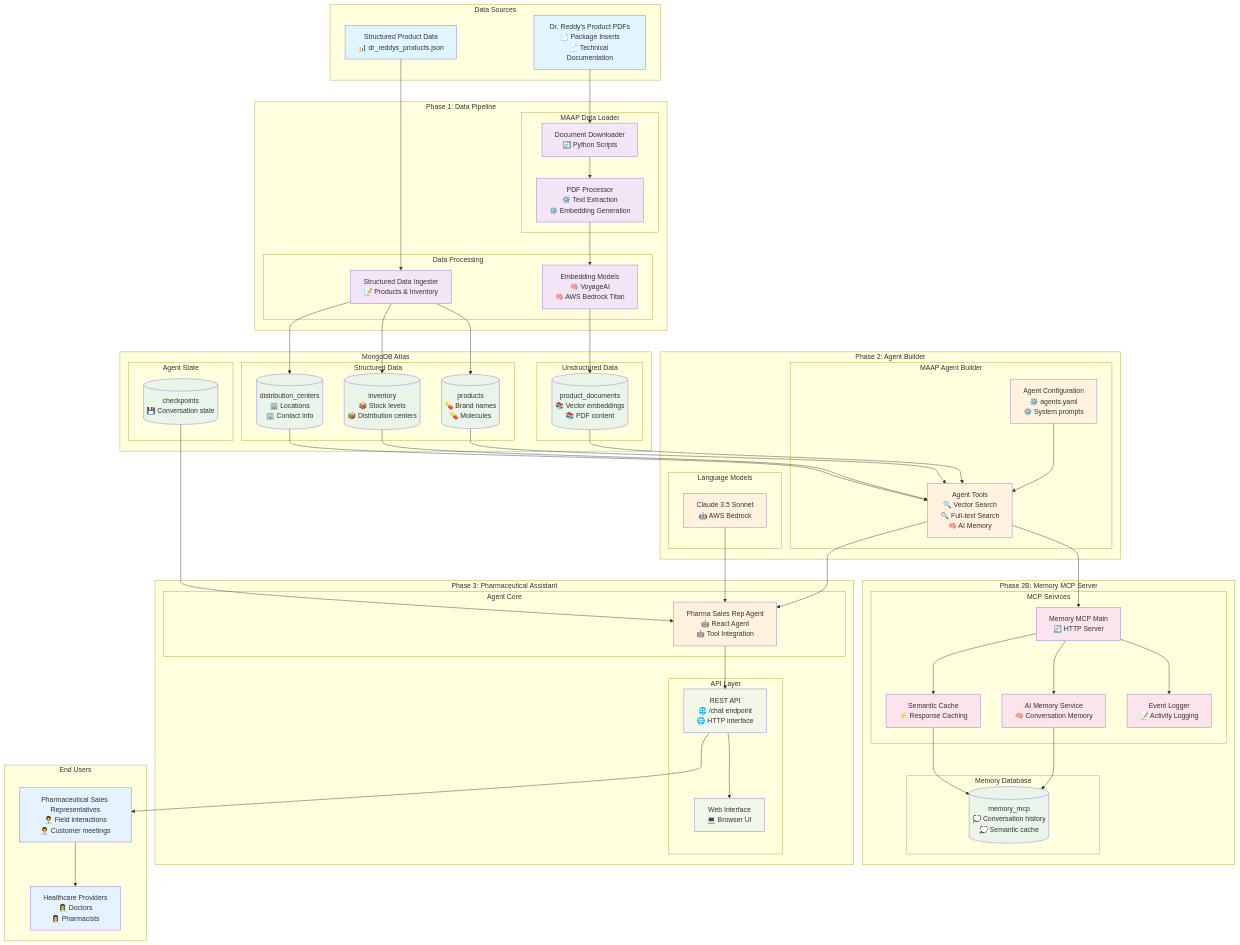
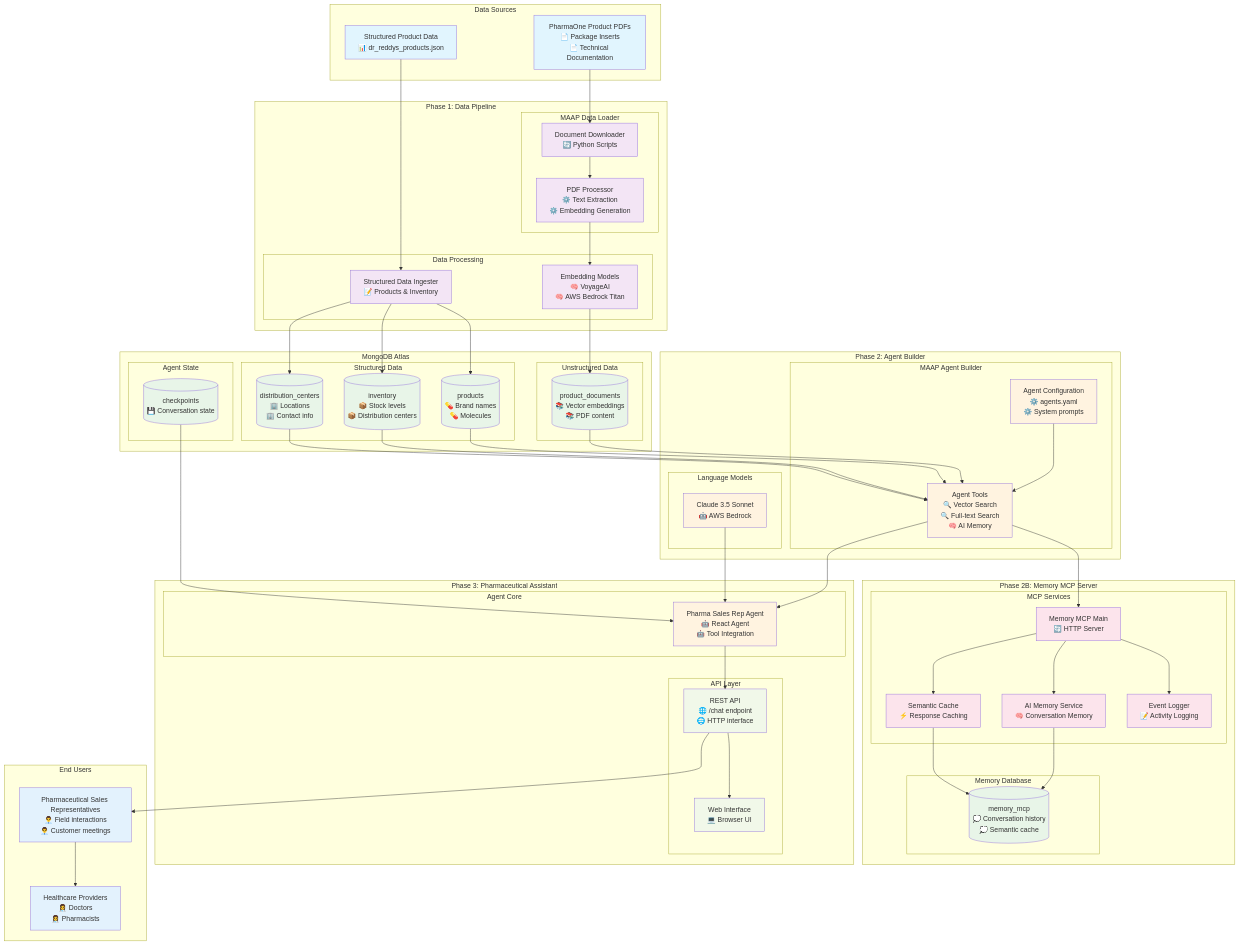
One commit to mongodb-partners/maap-framework changed the diagram in docs/maap-docs/docs/framework/agentic/demo/demo.md. Above: the diagram before and after it, drawn with Mermaid. The commit also changed other lines of this file, not shown here.

Commit message:
updated pharma demo to remove mentions of dr reddys

```diff
--- a/docs/maap-docs/docs/framework/agentic/demo/demo.md
+++ b/docs/maap-docs/docs/framework/agentic/demo/demo.md
@@ -21,9 +21,10 @@
 graph TB
     %% Data Sources
     subgraph "Data Sources"
-        PDF[Dr. Reddy's Product PDFs<br/>📄 Package Inserts<br/>📄 Technical Documentation]
+        PDF[PharmaOne Product PDFs<br/>📄 Package Inserts<br/>📄 Technical Documentation]
         JSON[Structured Product Data<br/>📊 dr_reddys_products.json]
     end
+
 
     %% Phase 1: Data Pipeline
     subgraph "Phase 1: Data Pipeline"
```
